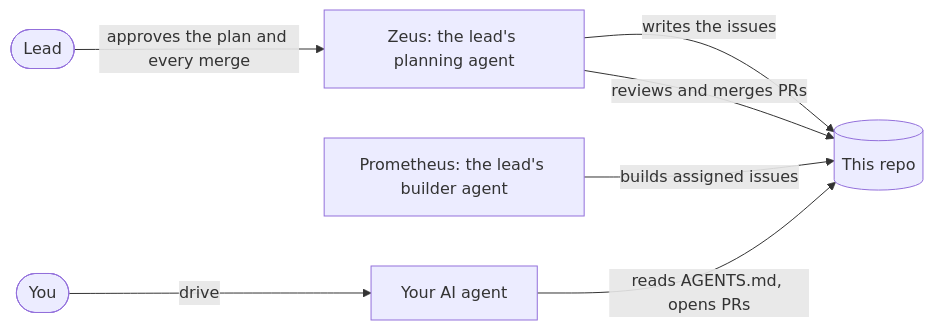
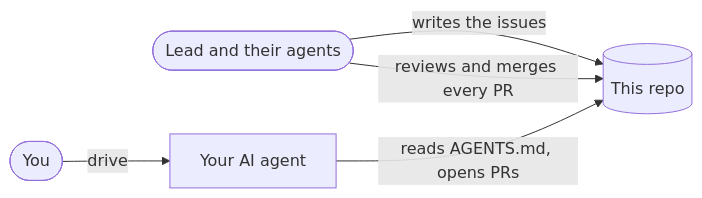
One commit to atiladeokegab/hackathon_teamwork changed the second of 5 diagrams in README.md. Above: the diagram before and after it, drawn with Mermaid. The commit also changed other lines of this file and 3 other files, not shown here.

Commit message:
Roles, not agent names: 'the lead' throughout; the lead's agents named once per event in HACKATHON.md; drop stale Prometheus relay lines

````diff
--- a/README.md
+++ b/README.md
@@ -64,9 +64,7 @@
 ```mermaid
 flowchart LR
-    LEAD(["Lead"]) -- "approves the plan and every merge" --> ZEUS["Zeus: the lead's planning agent"]
-    ZEUS -- "writes the issues" --> REPO[("This repo")]
-    ZEUS -- "reviews and merges PRs" --> REPO
-    PRO["Prometheus: the lead's builder agent"] -- "builds assigned issues" --> REPO
+    LEAD(["Lead and their agents"]) -- "writes the issues" --> REPO[("This repo")]
+    LEAD -- "reviews and merges every PR" --> REPO
     YOU(["You"]) -- "drive" --> AGENT["Your AI agent"]
     AGENT -- "reads AGENTS.md, opens PRs" --> REPO
 ```
````
